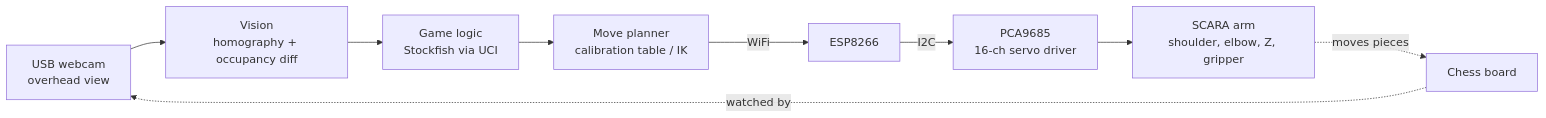
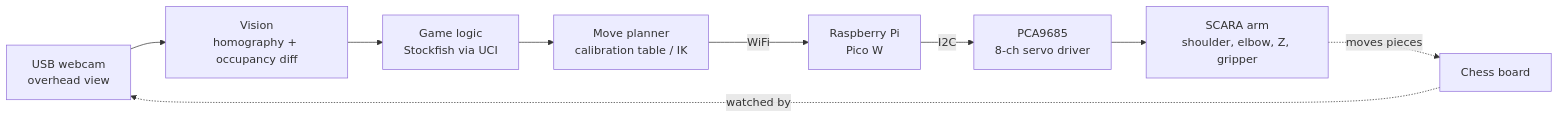
Before and after one commit to TomasK1234/chess-robot-arm: the diagram in README.md, drawn with Mermaid. The commit also changed other lines of this file and 7 other files, not shown here.

First line of the commit message:
Change controller to Raspberry Pi Pico WH and plan the power wiring

````diff
--- a/README.md
+++ b/README.md
@@ -20,11 +20,11 @@
 ```mermaid
 flowchart LR
     CAM["USB webcam<br/>overhead view"] --> VIS["Vision<br/>homography + occupancy diff"]
     VIS --> ENG["Game logic<br/>Stockfish via UCI"]
     ENG --> PLAN["Move planner<br/>calibration table / IK"]
-    PLAN -- WiFi --> MCU["ESP8266"]
-    MCU -- I2C --> PWM["PCA9685<br/>16-ch servo driver"]
+    PLAN -- WiFi --> MCU["Raspberry Pi<br/>Pico W"]
+    MCU -- I2C --> PWM["PCA9685<br/>8-ch servo driver"]
     PWM --> ARM["SCARA arm<br/>shoulder, elbow, Z, gripper"]
     ARM -. moves pieces .-> BOARD["Chess board"]
     BOARD -. watched by .-> CAM
 ```
````
